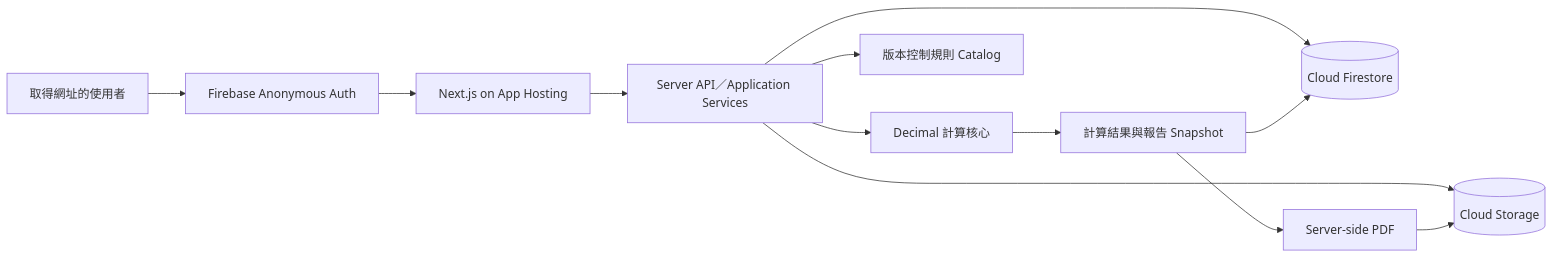
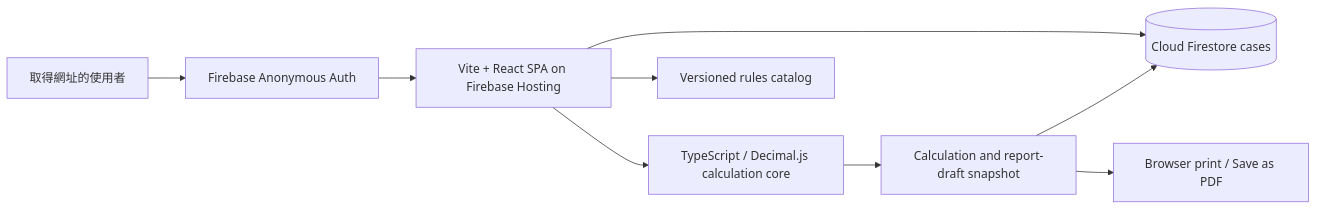
Before and after one commit to jedchang0308-jenfu/Grease-Trap-Design-System: the diagram in ai-doc/project_overview.md, drawn with Mermaid. The commit also changed other lines of this file and 111 other files, not shown here.

Commit message:
refactor: ship static Firebase Spark SPA

````diff
--- a/ai-doc/project_overview.md
+++ b/ai-doc/project_overview.md
@@ -20,14 +22,11 @@
 ```mermaid
 flowchart LR
     U["取得網址的使用者"] --> AUTH["Firebase Anonymous Auth"]
-    AUTH --> APP["Next.js on App Hosting"]
-    APP --> API["Server API／Application Services"]
-    API --> CALC["Decimal 計算核心"]
-    API --> RULE["版本控制規則 Catalog"]
-    API --> FS[("Cloud Firestore")]
-    API --> STORE[("Cloud Storage")]
-    CALC --> SNAP["計算結果與報告 Snapshot"]
+    AUTH --> SPA["Vite + React SPA on Firebase Hosting"]
+    SPA --> CALC["TypeScript / Decimal.js calculation core"]
+    SPA --> RULE["Versioned rules catalog"]
+    SPA --> FS[("Cloud Firestore cases")]
+    CALC --> SNAP["Calculation and report-draft snapshot"]
     SNAP --> FS
-    SNAP --> PDF["Server-side PDF"]
-    PDF --> STORE
+    SNAP --> PRINT["Browser print / Save as PDF"]
 ```
````
